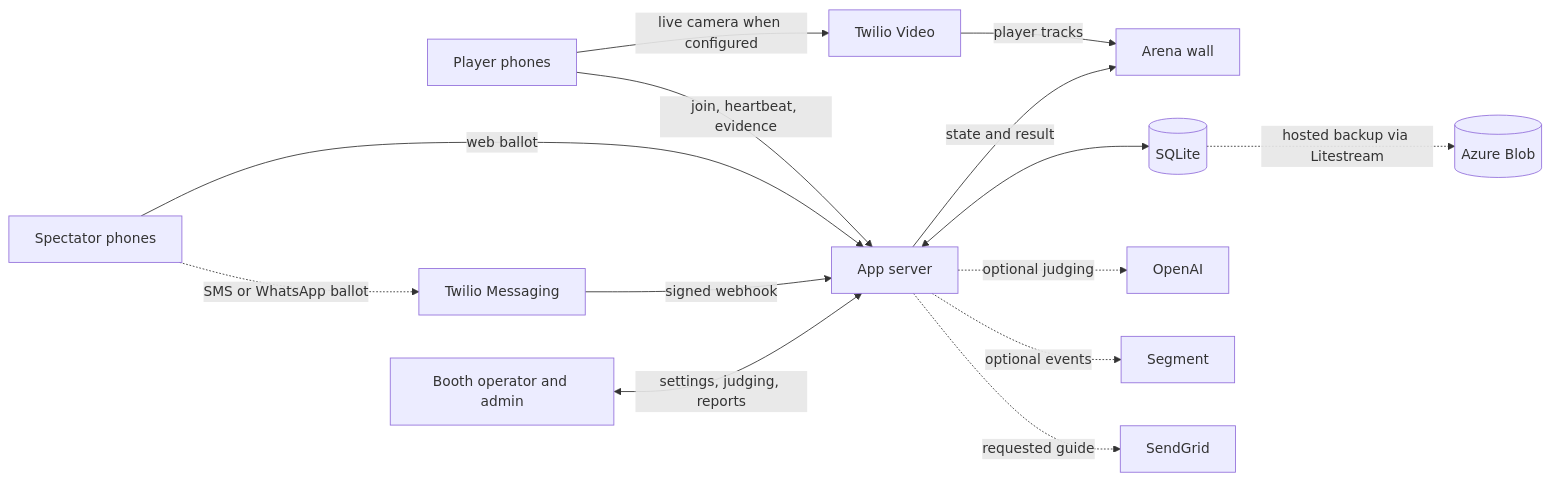
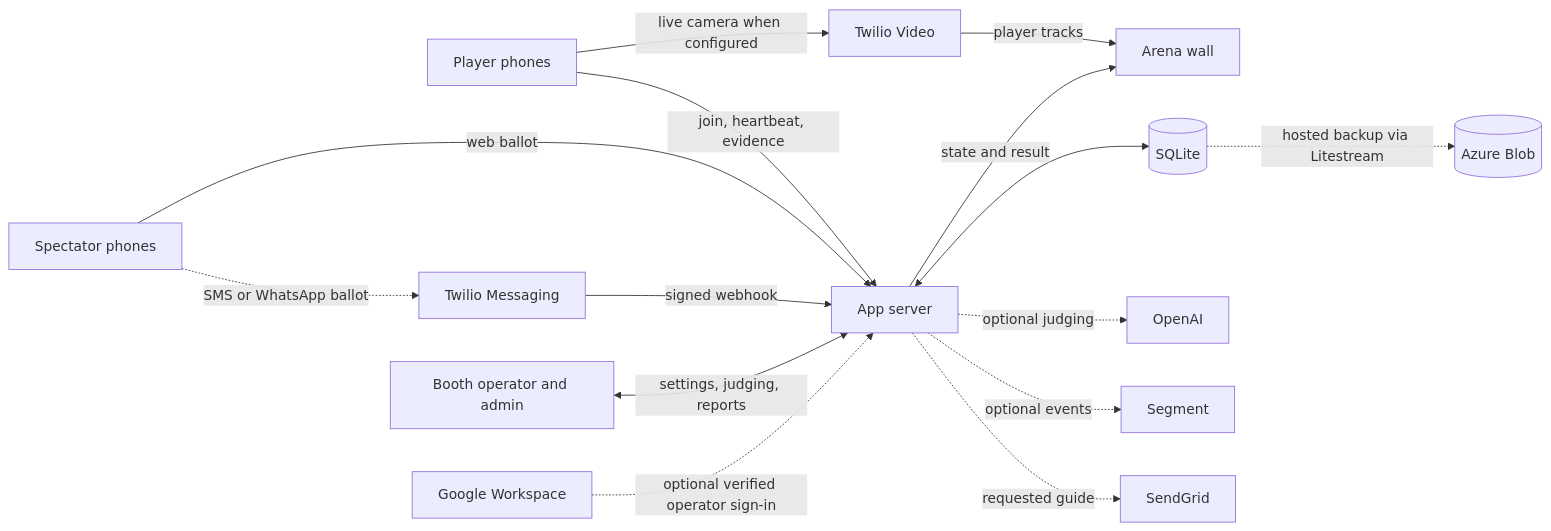
One commit to anthonyplusAI/twilio-live-scavenger-hunt changed the diagram in README.md. Above: the diagram before and after it, drawn with Mermaid. The commit also changed other lines of this file and 29 other files, not shown here.

Commit message:
Fix phone join flow and add booth operator authentication

````diff
--- a/README.md
+++ b/README.md
@@ -161,16 +179,17 @@
 ```mermaid
 flowchart LR
     P[Player phones] -->|join, heartbeat, evidence| A[App server]
     P -->|live camera when configured| V[Twilio Video]
     V -->|player tracks| W[Arena wall]
     A -->|state and result| W
     S[Spectator phones] -->|web ballot| A
     S -. SMS or WhatsApp ballot .-> M[Twilio Messaging]
     M -->|signed webhook| A
     O[Booth operator and admin] <-->|settings, judging, reports| A
+    G[Google Workspace] -. optional verified operator sign-in .-> A
     A <--> D[(SQLite)]
     D -. hosted backup via Litestream .-> B[(Azure Blob)]
     A -. optional judging .-> AI[OpenAI]
     A -. optional events .-> SG[Segment]
     A -. requested guide .-> E[SendGrid]
 ```
````
